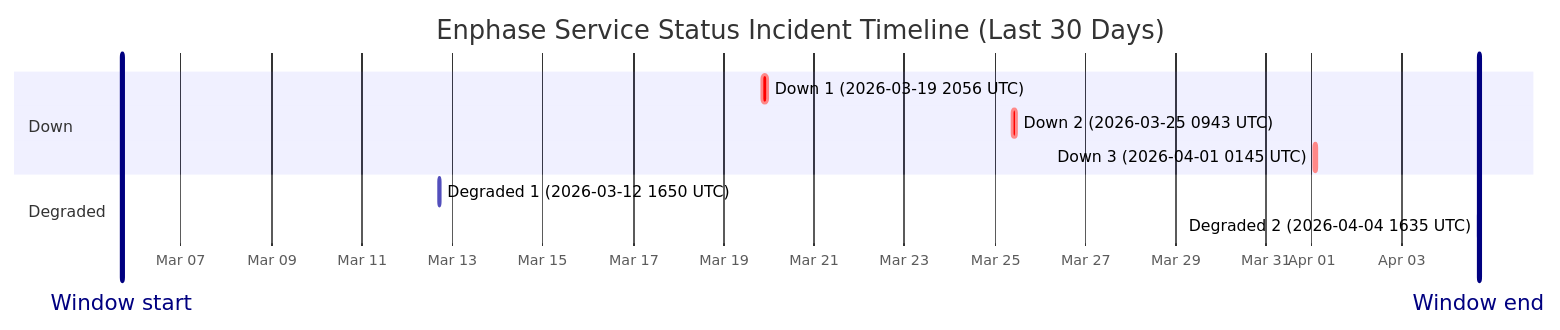
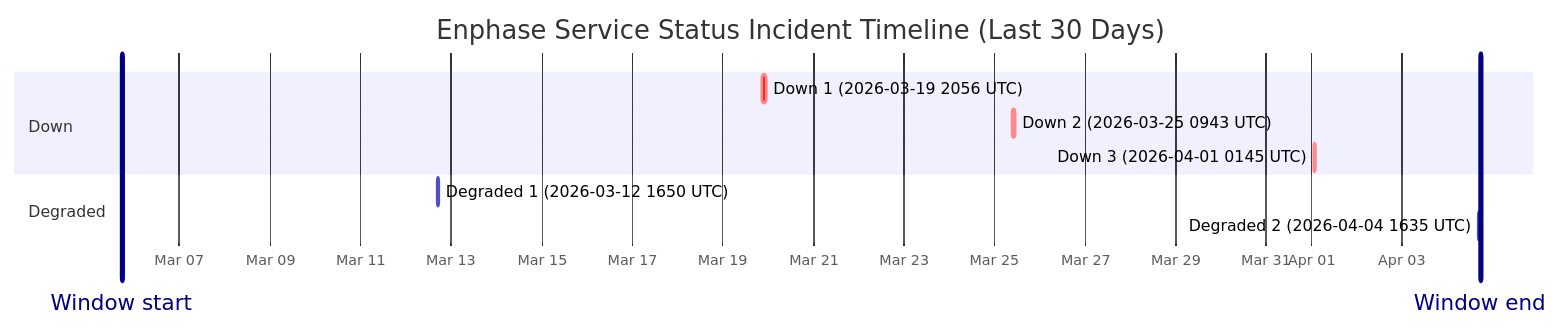
The diagram in wiki/Service-Status-History.md (barneyonline/ha-enphase-ev-charger), drawn with Mermaid before and after one commit. The commit also changed other lines of this file and 4 other files, not shown here.

````diff
--- a/wiki/Service-Status-History.md
+++ b/wiki/Service-Status-History.md
@@ -14,15 +14,15 @@
 ```mermaid
 gantt
     title Enphase Service Status Incident Timeline (Last 30 Days)
     dateFormat  YYYY-MM-DDTHH:mm:ss
     axisFormat  %b %d
-    Window start :vert, window-start, 2026-03-05T16:35:17, 0ms
-    Window end :vert, window-end, 2026-04-04T16:35:17, 0ms
+    Window start :vert, window-start, 2026-03-05T17:28:56, 0ms
+    Window end :vert, window-end, 2026-04-04T17:28:56, 0ms
     section Down
     Down 1 (2026-03-19 2056 UTC) :crit, down-1, 2026-03-19T20:56:20, 145m
     Down 2 (2026-03-25 0943 UTC) :crit, down-2, 2026-03-25T09:43:28, 111m
     Down 3 (2026-04-01 0145 UTC) :crit, down-3, 2026-04-01T01:45:09, 60m
     section Degraded
     Degraded 1 (2026-03-12 1650 UTC) :active, degraded-1, 2026-03-12T16:50:43, 60m
     Degraded 2 (2026-04-04 1635 UTC) :active, degraded-2, 2026-04-04T16:35:17, 60m
 ```
````
